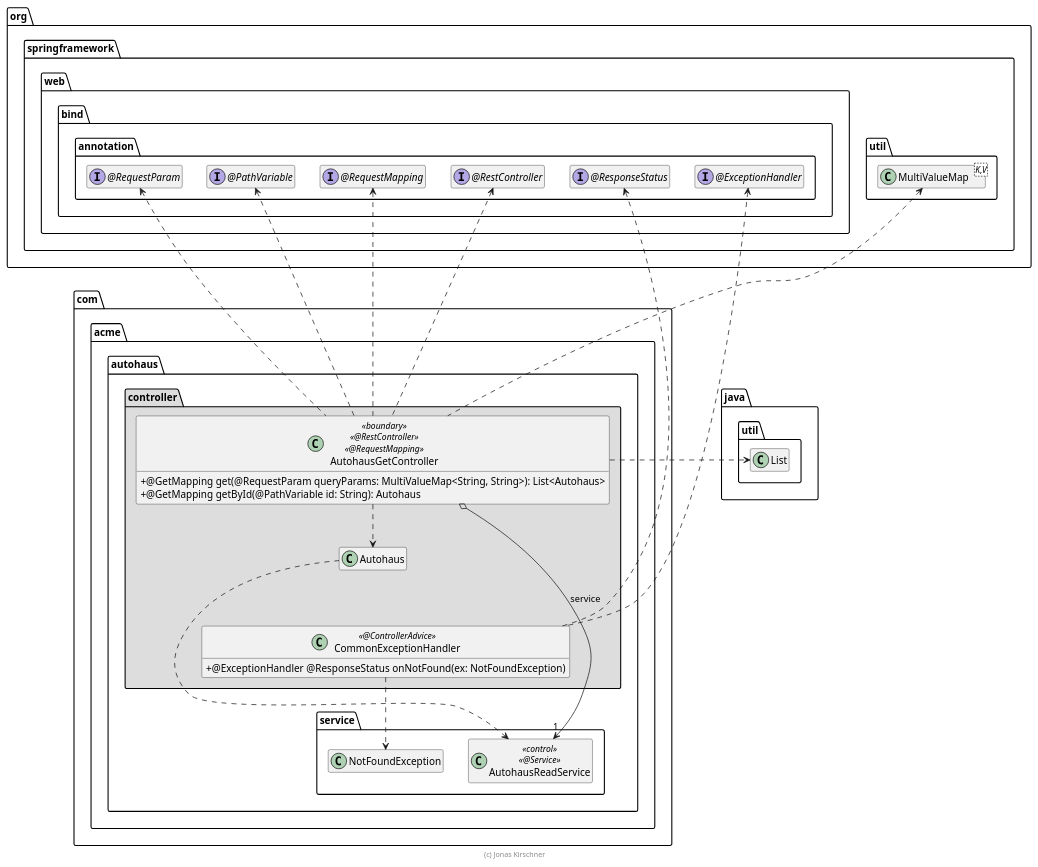
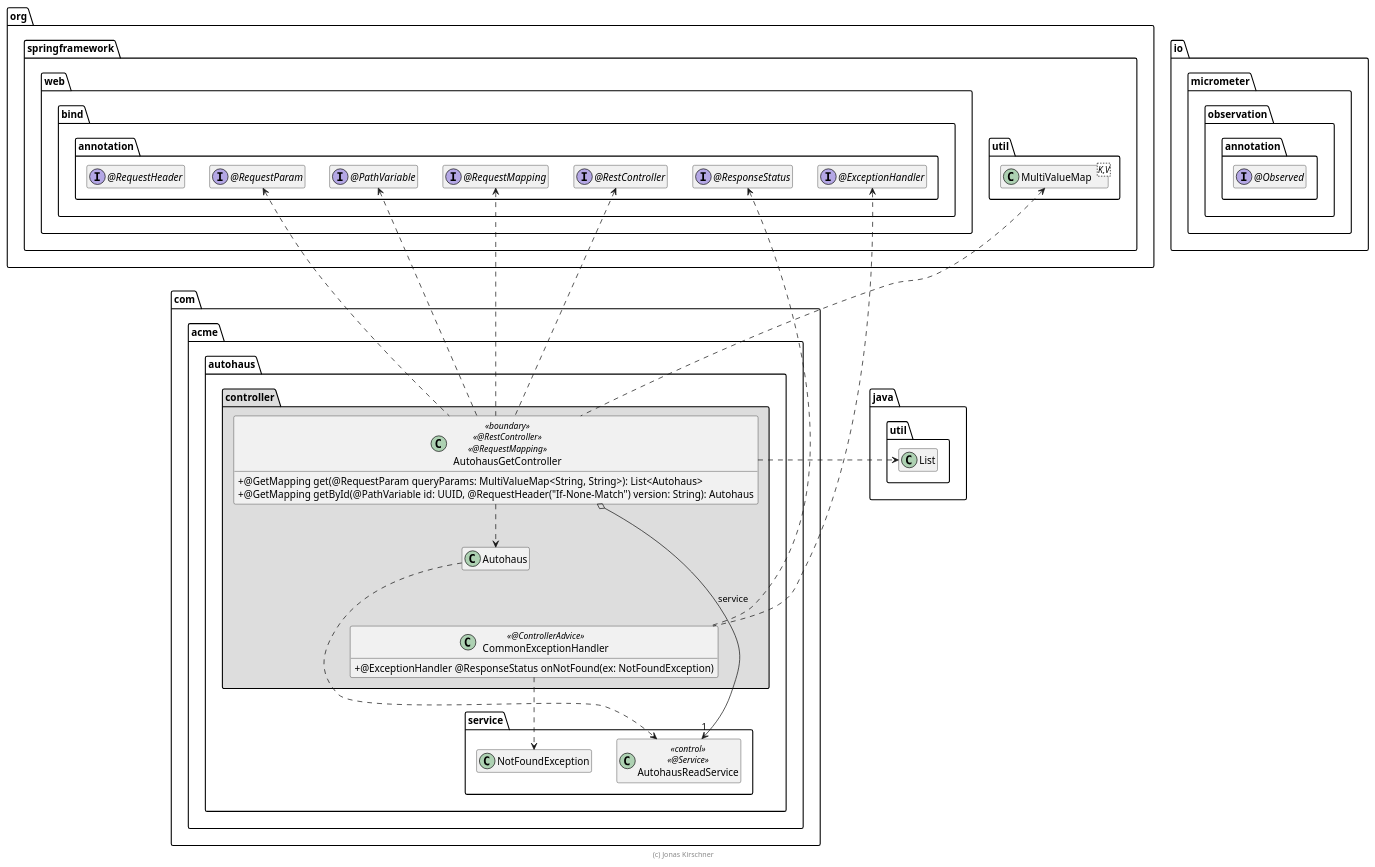
The diagram in extras/doc/AutohausGetController.plantuml (JBones35/AutohausJavaSwa), drawn with PlantUML before and after one commit. The commit also changed 21 other files, not shown here.

```diff
--- a/extras/doc/AutohausGetController.plantuml
+++ b/extras/doc/AutohausGetController.plantuml
@@ -1,64 +1,69 @@
 @startuml AutohausGetController
 
 skinparam classAttributeIconSize 0
+
+package io.micrometer.observation.annotation {
+        interface "@Observed" as Observed
+}
 
 package org.springframework {
     package web.bind.annotation {
         interface "@RestController" as RestController
         interface "@RequestMapping" as RequestMapping
         interface "@PathVariable" as PathVariable
         interface "@RequestParam" as RequestParam
         interface "@ExceptionHandler" as ExceptionHandler
         interface "@ResponseStatus" as ResponseStatus
+        interface "@RequestHeader" as RequestHeader
     }
 
     package util {
         class MultiValueMap<K,V>
     }
 }
 
 package java.util {
     class List
 }
 
 package com.acme.autohaus {
     package service {
         class AutohausReadService << control >> << @Service >>
         class NotFoundException
     }
 
 package controller #DDDDDD {
         class AutohausGetController << boundary >> << @RestController >> << @RequestMapping >> {
             + @GetMapping get(@RequestParam queryParams: MultiValueMap<String, String>): List<Autohaus>
-            + @GetMapping getById(@PathVariable id: String): Autohaus
+            + @GetMapping getById(@PathVariable id: UUID, @RequestHeader("If-None-Match") version: String): Autohaus
         }
 
         class CommonExceptionHandler << @ControllerAdvice >> {
             + @ExceptionHandler @ResponseStatus onNotFound(ex: NotFoundException)
         }
 
         AutohausGetController o--> "1" AutohausReadService : service
         AutohausGetController ..> Autohaus
 
         AutohausGetController .up.> RestController
         AutohausGetController .up.> RequestMapping
         AutohausGetController .up.> PathVariable
         AutohausGetController .up.> RequestParam
         AutohausGetController .up.> MultiValueMap
 
         CommonExceptionHandler .up.> ExceptionHandler
         CommonExceptionHandler .up.> ResponseStatus
         CommonExceptionHandler ..> NotFoundException
         CommonExceptionHandler .up[hidden].> Autohaus
 
         AutohausGetController .right.> List
 
         Autohaus ..> AutohausReadService
     }
 }
 
 hide empty members
 
 footer (c) Jonas Kirschner
 
 @enduml
```
